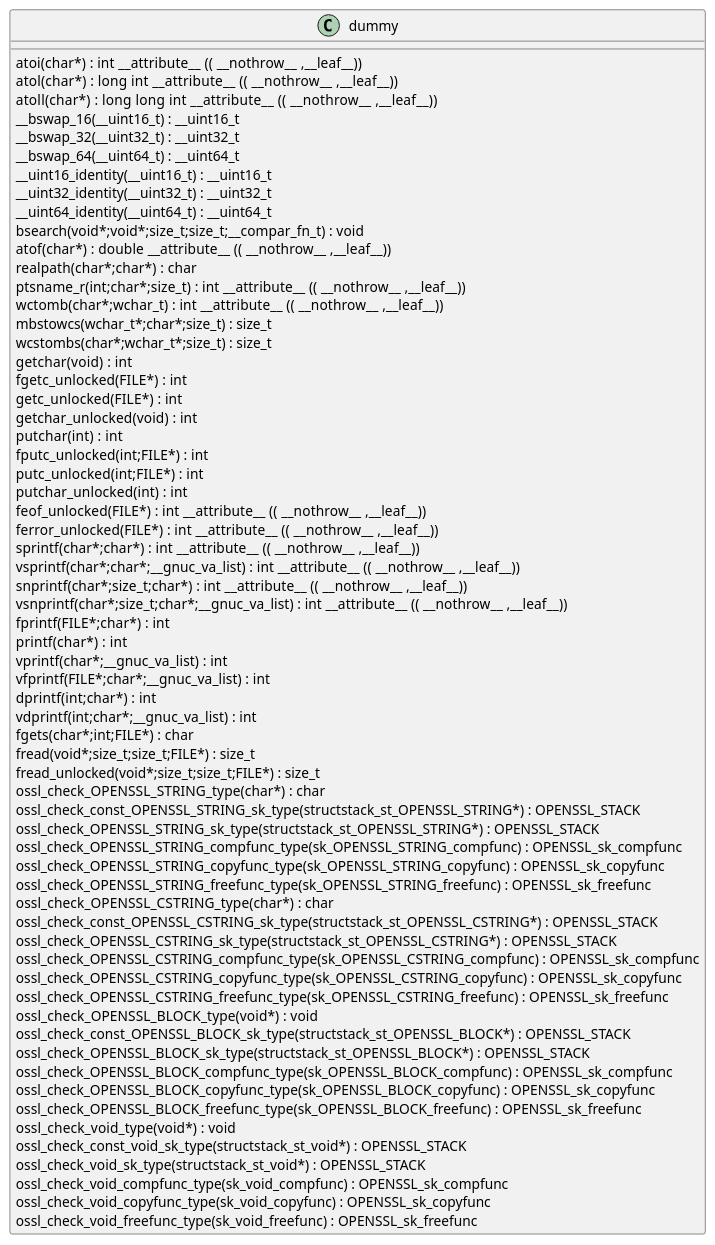
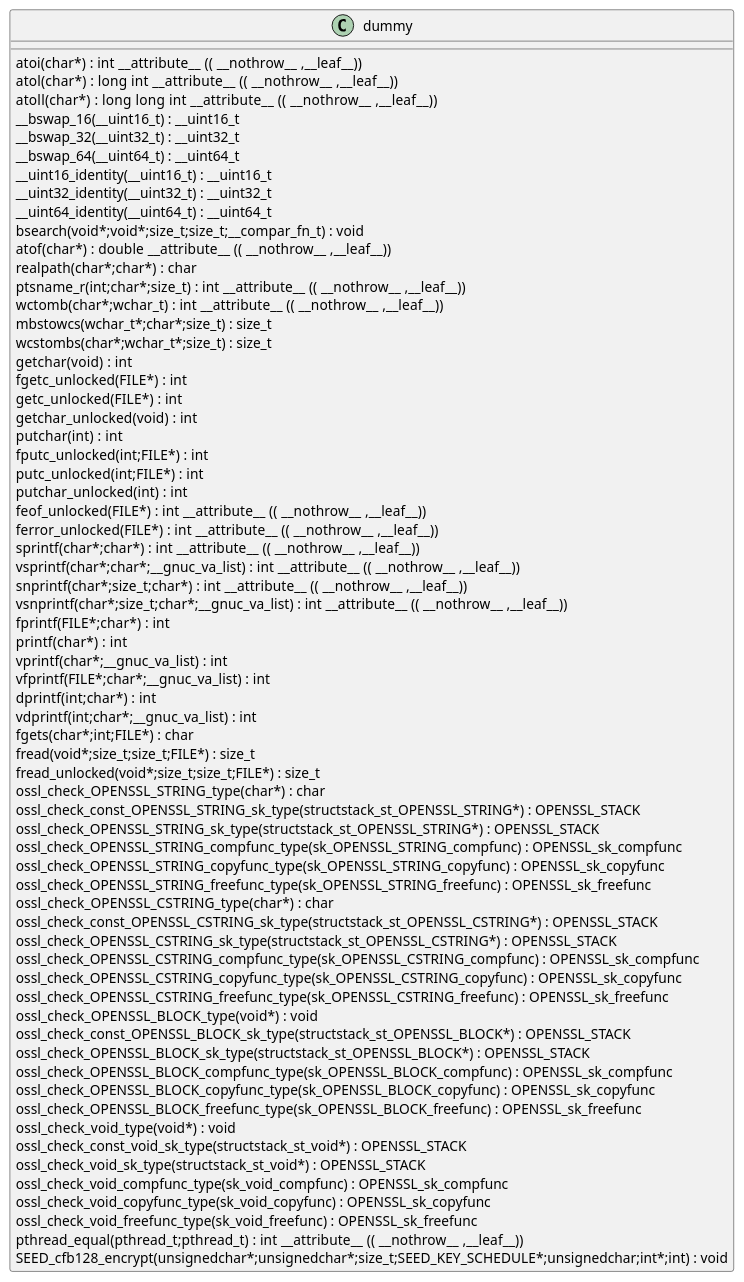
Before and after one commit to qualitesys/openssl: the diagram in docs/qc/crypto/seed/seed_cfb.c.puml, drawn with PlantUML. The commit also changed 4989 other files, not shown here.

```diff
--- a/docs/qc/crypto/seed/seed_cfb.c.puml
+++ b/docs/qc/crypto/seed/seed_cfb.c.puml
@@ -1,68 +1,70 @@
 @startuml
 !pragma layout smetana
 class dummy {
 atoi(char*) :  int  __attribute__ (( __nothrow__ ,__leaf__)) [[[./../../.././qc/crypto/seed/seed_cfb.c.html#468]]]
 atol(char*) :  long  int  __attribute__ (( __nothrow__ ,__leaf__)) [[[./../../.././qc/crypto/seed/seed_cfb.c.html#473]]]
 atoll(char*) :  long  long  int  __attribute__ (( __nothrow__ ,__leaf__)) [[[./../../.././qc/crypto/seed/seed_cfb.c.html#480]]]
 __bswap_16(__uint16_t) : __uint16_t [[[./../../.././qc/crypto/seed/seed_cfb.c.html#642]]]
 __bswap_32(__uint32_t) : __uint32_t [[[./../../.././qc/crypto/seed/seed_cfb.c.html#657]]]
 __bswap_64(__uint64_t) : __uint64_t [[[./../../.././qc/crypto/seed/seed_cfb.c.html#667]]]
 __uint16_identity(__uint16_t) : __uint16_t [[[./../../.././qc/crypto/seed/seed_cfb.c.html#679]]]
 __uint32_identity(__uint32_t) : __uint32_t [[[./../../.././qc/crypto/seed/seed_cfb.c.html#685]]]
 __uint64_identity(__uint64_t) : __uint64_t [[[./../../.././qc/crypto/seed/seed_cfb.c.html#691]]]
 bsearch(void*;void*;size_t;size_t;__compar_fn_t) :  void  [[[./../../.././qc/crypto/seed/seed_cfb.c.html#1359]]]
 atof(char*) :  double  __attribute__ (( __nothrow__ ,__leaf__)) [[[./../../.././qc/crypto/seed/seed_cfb.c.html#1]]]
 realpath(char*;char*) :  char  [[[./../../.././qc/crypto/seed/seed_cfb.c.html#1]]]
 ptsname_r(int;char*;size_t) :  int  __attribute__ (( __nothrow__ ,__leaf__)) [[[./../../.././qc/crypto/seed/seed_cfb.c.html#1]]]
 wctomb(char*;wchar_t) :  int  __attribute__ (( __nothrow__ ,__leaf__)) [[[./../../.././qc/crypto/seed/seed_cfb.c.html#1]]]
 mbstowcs(wchar_t*;char*;size_t) : size_t [[[./../../.././qc/crypto/seed/seed_cfb.c.html#1]]]
 wcstombs(char*;wchar_t*;size_t) : size_t [[[./../../.././qc/crypto/seed/seed_cfb.c.html#1]]]
 getchar(void) :  int  [[[./../../.././qc/crypto/seed/seed_cfb.c.html#1]]]
 fgetc_unlocked(FILE*) :  int  [[[./../../.././qc/crypto/seed/seed_cfb.c.html#1]]]
 getc_unlocked(FILE*) :  int  [[[./../../.././qc/crypto/seed/seed_cfb.c.html#1]]]
 getchar_unlocked(void) :  int  [[[./../../.././qc/crypto/seed/seed_cfb.c.html#1]]]
 putchar(int) :  int  [[[./../../.././qc/crypto/seed/seed_cfb.c.html#1]]]
 fputc_unlocked(int;FILE*) :  int  [[[./../../.././qc/crypto/seed/seed_cfb.c.html#1]]]
 putc_unlocked(int;FILE*) :  int  [[[./../../.././qc/crypto/seed/seed_cfb.c.html#1]]]
 putchar_unlocked(int) :  int  [[[./../../.././qc/crypto/seed/seed_cfb.c.html#1]]]
 feof_unlocked(FILE*) :  int  __attribute__ (( __nothrow__ ,__leaf__)) [[[./../../.././qc/crypto/seed/seed_cfb.c.html#1]]]
 ferror_unlocked(FILE*) :  int  __attribute__ (( __nothrow__ ,__leaf__)) [[[./../../.././qc/crypto/seed/seed_cfb.c.html#1]]]
 sprintf(char*;char*) :  int  __attribute__ (( __nothrow__ ,__leaf__)) [[[./../../.././qc/crypto/seed/seed_cfb.c.html#1]]]
 vsprintf(char*;char*;__gnuc_va_list) :  int  __attribute__ (( __nothrow__ ,__leaf__)) [[[./../../.././qc/crypto/seed/seed_cfb.c.html#1]]]
 snprintf(char*;size_t;char*) :  int  __attribute__ (( __nothrow__ ,__leaf__)) [[[./../../.././qc/crypto/seed/seed_cfb.c.html#1]]]
 vsnprintf(char*;size_t;char*;__gnuc_va_list) :  int  __attribute__ (( __nothrow__ ,__leaf__)) [[[./../../.././qc/crypto/seed/seed_cfb.c.html#1]]]
 fprintf(FILE*;char*) :  int  [[[./../../.././qc/crypto/seed/seed_cfb.c.html#1]]]
 printf(char*) :  int  [[[./../../.././qc/crypto/seed/seed_cfb.c.html#1]]]
 vprintf(char*;__gnuc_va_list) :  int  [[[./../../.././qc/crypto/seed/seed_cfb.c.html#1]]]
 vfprintf(FILE*;char*;__gnuc_va_list) :  int  [[[./../../.././qc/crypto/seed/seed_cfb.c.html#1]]]
 dprintf(int;char*) :  int  [[[./../../.././qc/crypto/seed/seed_cfb.c.html#1]]]
 vdprintf(int;char*;__gnuc_va_list) :  int  [[[./../../.././qc/crypto/seed/seed_cfb.c.html#1]]]
 fgets(char*;int;FILE*) :  char  [[[./../../.././qc/crypto/seed/seed_cfb.c.html#1]]]
 fread(void*;size_t;size_t;FILE*) : size_t [[[./../../.././qc/crypto/seed/seed_cfb.c.html#1]]]
 fread_unlocked(void*;size_t;size_t;FILE*) : size_t [[[./../../.././qc/crypto/seed/seed_cfb.c.html#1]]]
 ossl_check_OPENSSL_STRING_type(char*) :  char  [[[./../../.././qc/crypto/seed/seed_cfb.c.html#1]]]
 ossl_check_const_OPENSSL_STRING_sk_type(structstack_st_OPENSSL_STRING*) : OPENSSL_STACK [[[./../../.././qc/crypto/seed/seed_cfb.c.html#1]]]
 ossl_check_OPENSSL_STRING_sk_type(structstack_st_OPENSSL_STRING*) : OPENSSL_STACK [[[./../../.././qc/crypto/seed/seed_cfb.c.html#1]]]
 ossl_check_OPENSSL_STRING_compfunc_type(sk_OPENSSL_STRING_compfunc) : OPENSSL_sk_compfunc [[[./../../.././qc/crypto/seed/seed_cfb.c.html#1]]]
 ossl_check_OPENSSL_STRING_copyfunc_type(sk_OPENSSL_STRING_copyfunc) : OPENSSL_sk_copyfunc [[[./../../.././qc/crypto/seed/seed_cfb.c.html#1]]]
 ossl_check_OPENSSL_STRING_freefunc_type(sk_OPENSSL_STRING_freefunc) : OPENSSL_sk_freefunc [[[./../../.././qc/crypto/seed/seed_cfb.c.html#1]]]
 ossl_check_OPENSSL_CSTRING_type(char*) :  char  [[[./../../.././qc/crypto/seed/seed_cfb.c.html#1]]]
 ossl_check_const_OPENSSL_CSTRING_sk_type(structstack_st_OPENSSL_CSTRING*) : OPENSSL_STACK [[[./../../.././qc/crypto/seed/seed_cfb.c.html#1]]]
 ossl_check_OPENSSL_CSTRING_sk_type(structstack_st_OPENSSL_CSTRING*) : OPENSSL_STACK [[[./../../.././qc/crypto/seed/seed_cfb.c.html#1]]]
 ossl_check_OPENSSL_CSTRING_compfunc_type(sk_OPENSSL_CSTRING_compfunc) : OPENSSL_sk_compfunc [[[./../../.././qc/crypto/seed/seed_cfb.c.html#1]]]
 ossl_check_OPENSSL_CSTRING_copyfunc_type(sk_OPENSSL_CSTRING_copyfunc) : OPENSSL_sk_copyfunc [[[./../../.././qc/crypto/seed/seed_cfb.c.html#1]]]
 ossl_check_OPENSSL_CSTRING_freefunc_type(sk_OPENSSL_CSTRING_freefunc) : OPENSSL_sk_freefunc [[[./../../.././qc/crypto/seed/seed_cfb.c.html#1]]]
 ossl_check_OPENSSL_BLOCK_type(void*) :  void  [[[./../../.././qc/crypto/seed/seed_cfb.c.html#1]]]
 ossl_check_const_OPENSSL_BLOCK_sk_type(structstack_st_OPENSSL_BLOCK*) : OPENSSL_STACK [[[./../../.././qc/crypto/seed/seed_cfb.c.html#1]]]
 ossl_check_OPENSSL_BLOCK_sk_type(structstack_st_OPENSSL_BLOCK*) : OPENSSL_STACK [[[./../../.././qc/crypto/seed/seed_cfb.c.html#1]]]
 ossl_check_OPENSSL_BLOCK_compfunc_type(sk_OPENSSL_BLOCK_compfunc) : OPENSSL_sk_compfunc [[[./../../.././qc/crypto/seed/seed_cfb.c.html#1]]]
 ossl_check_OPENSSL_BLOCK_copyfunc_type(sk_OPENSSL_BLOCK_copyfunc) : OPENSSL_sk_copyfunc [[[./../../.././qc/crypto/seed/seed_cfb.c.html#1]]]
 ossl_check_OPENSSL_BLOCK_freefunc_type(sk_OPENSSL_BLOCK_freefunc) : OPENSSL_sk_freefunc [[[./../../.././qc/crypto/seed/seed_cfb.c.html#1]]]
 ossl_check_void_type(void*) :  void  [[[./../../.././qc/crypto/seed/seed_cfb.c.html#1]]]
 ossl_check_const_void_sk_type(structstack_st_void*) : OPENSSL_STACK [[[./../../.././qc/crypto/seed/seed_cfb.c.html#1]]]
 ossl_check_void_sk_type(structstack_st_void*) : OPENSSL_STACK [[[./../../.././qc/crypto/seed/seed_cfb.c.html#1]]]
 ossl_check_void_compfunc_type(sk_void_compfunc) : OPENSSL_sk_compfunc [[[./../../.././qc/crypto/seed/seed_cfb.c.html#1]]]
 ossl_check_void_copyfunc_type(sk_void_copyfunc) : OPENSSL_sk_copyfunc [[[./../../.././qc/crypto/seed/seed_cfb.c.html#1]]]
 ossl_check_void_freefunc_type(sk_void_freefunc) : OPENSSL_sk_freefunc [[[./../../.././qc/crypto/seed/seed_cfb.c.html#1]]]
+pthread_equal(pthread_t;pthread_t) :  int  __attribute__ (( __nothrow__ ,__leaf__)) [[[./../../.././qc/crypto/seed/seed_cfb.c.html#1]]]
+SEED_cfb128_encrypt(unsignedchar*;unsignedchar*;size_t;SEED_KEY_SCHEDULE*;unsignedchar;int*;int) :  void  [[[./../../.././qc/crypto/seed/seed_cfb.c.html#1]]]
 } 
 @enduml
```
